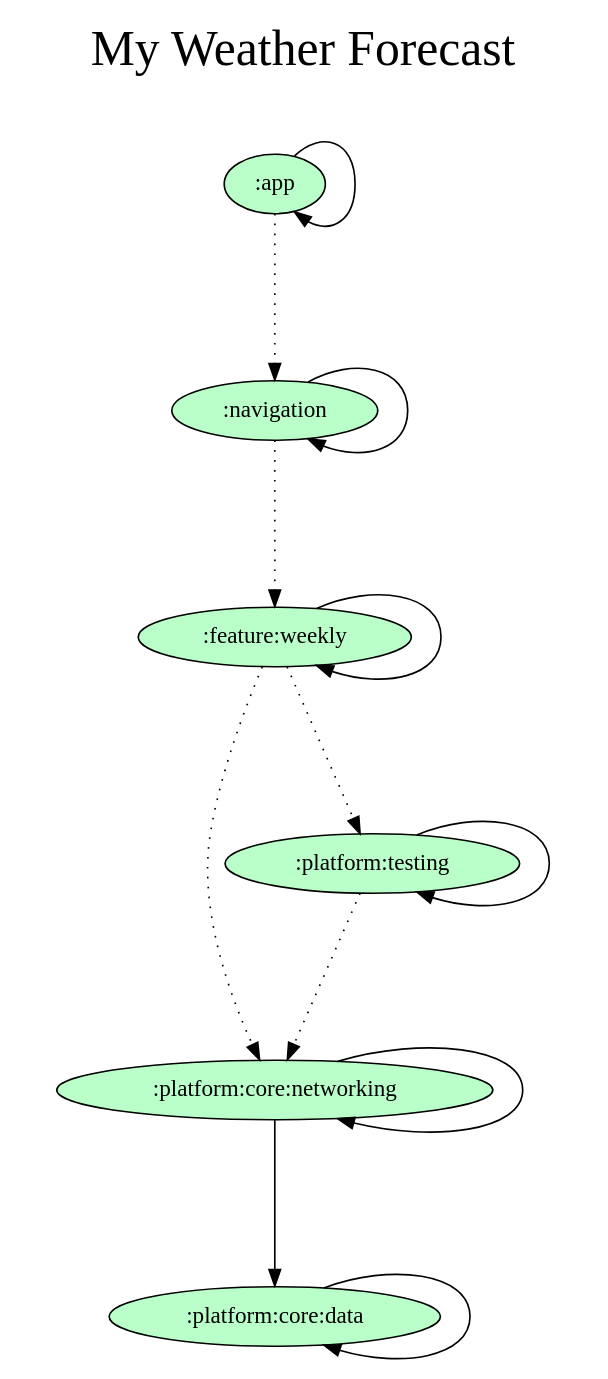
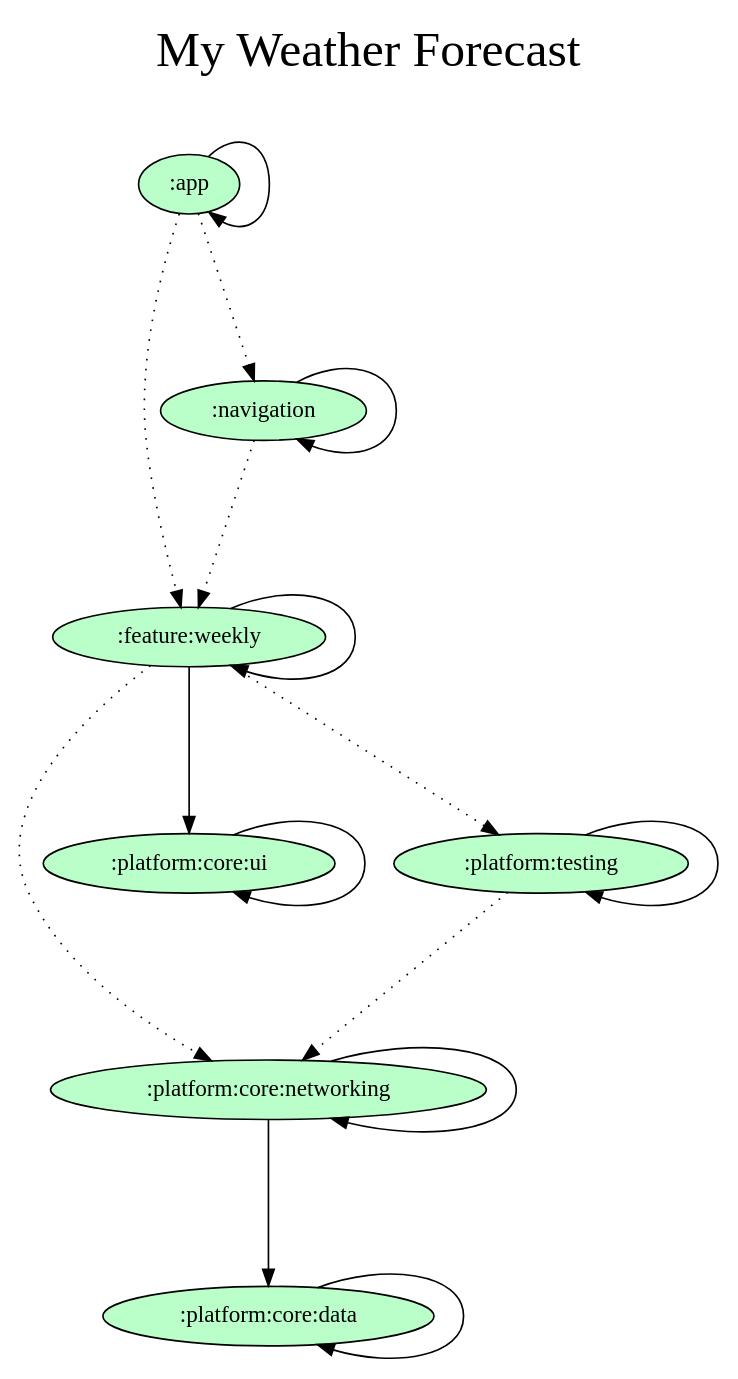
One commit to orogersilva/myweatherforecast changed the diagram in gradle/dependency-graph/project.dot. Above: the diagram before and after it, drawn with Graphviz. The commit also changed 1 other file, not shown here.

Commit message:
docs: Updating dependency graph

```diff
--- a/gradle/dependency-graph/project.dot
+++ b/gradle/dependency-graph/project.dot
@@ -1,31 +1,35 @@
 digraph {
   graph [label="My Weather Forecast\n ",labelloc=t,fontsize=30,ranksep=1.4];
   node [style=filled, fillcolor="#bbbbbb"];
   rankdir=TB;
 
   # Projects
 
   ":app" [fillcolor="#baffc9"];
   ":feature:weekly" [fillcolor="#baffc9"];
   ":navigation" [fillcolor="#baffc9"];
   ":platform:core:data" [fillcolor="#baffc9"];
   ":platform:core:networking" [fillcolor="#baffc9"];
+  ":platform:core:ui" [fillcolor="#baffc9"];
   ":platform:testing" [fillcolor="#baffc9"];
 
   {rank = same;}
 
   # Dependencies
 
   ":app" -> ":app"
+  ":app" -> ":feature:weekly" [style=dotted]
   ":app" -> ":navigation" [style=dotted]
   ":navigation" -> ":navigation"
   ":navigation" -> ":feature:weekly" [style=dotted]
+  ":feature:weekly" -> ":platform:core:ui"
   ":feature:weekly" -> ":feature:weekly"
   ":feature:weekly" -> ":platform:core:networking" [style=dotted]
   ":feature:weekly" -> ":platform:testing" [style=dotted]
   ":platform:testing" -> ":platform:testing"
   ":platform:testing" -> ":platform:core:networking" [style=dotted]
   ":platform:core:data" -> ":platform:core:data"
   ":platform:core:networking" -> ":platform:core:data"
   ":platform:core:networking" -> ":platform:core:networking"
+  ":platform:core:ui" -> ":platform:core:ui"
 }
```
